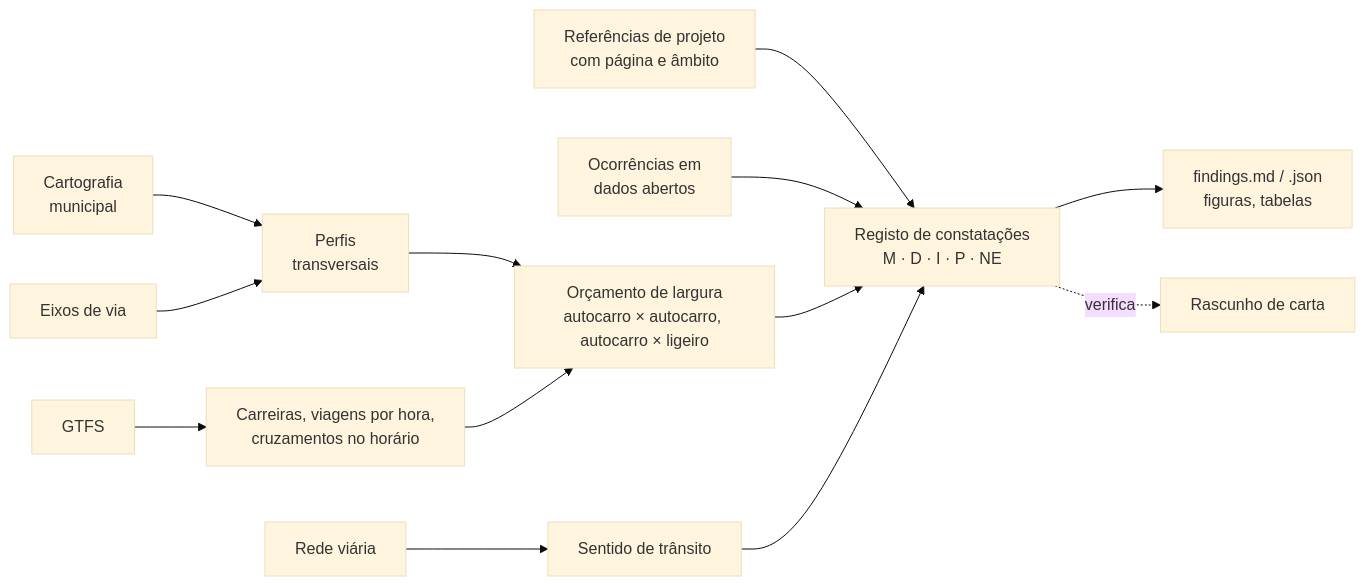
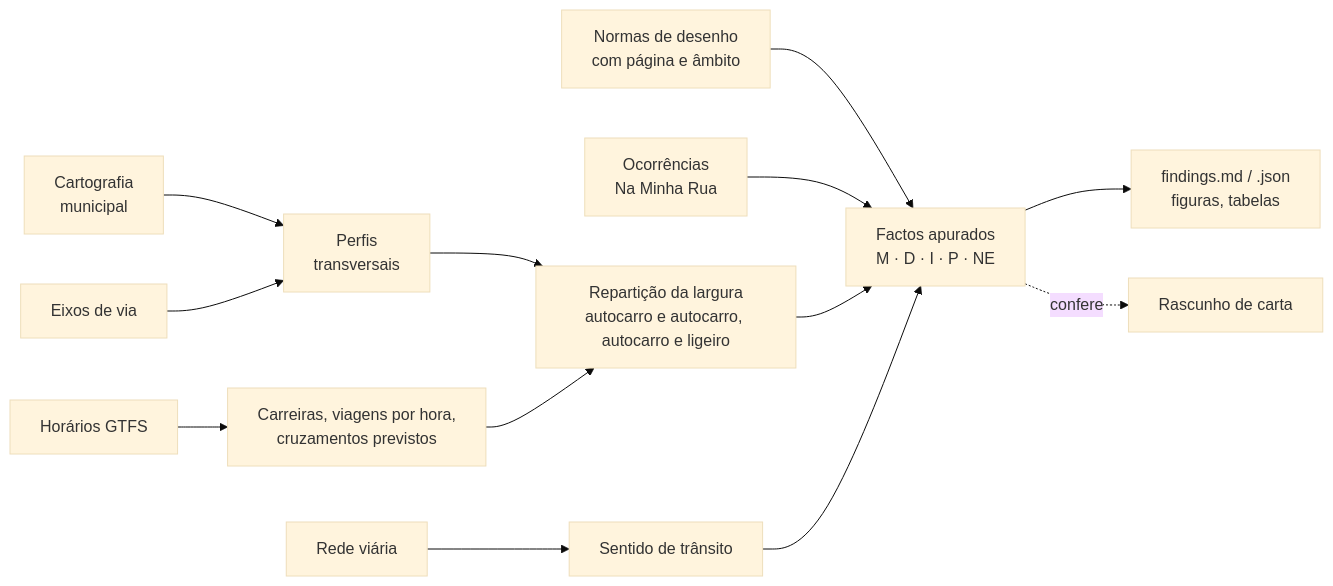
One commit to diogo4256/mobilidados changed the diagram in README.md. Above: the diagram before and after it, drawn with Mermaid (base theme). The commit also changed other lines of this file and 3 other files, not shown here.

````diff
--- a/README.md
+++ b/README.md
@@ -34,15 +37,15 @@
 ```mermaid
 flowchart LR
   A[Cartografia<br>municipal] --> P[Perfis<br>transversais]
   B[Eixos de via] --> P
   C[Rede viária] --> D[Sentido de trânsito]
-  G[GTFS] --> T[Carreiras, viagens por hora,<br>cruzamentos no horário]
-  P --> E[Orçamento de largura<br>autocarro × autocarro, autocarro × ligeiro]
+  G[Horários GTFS] --> T[Carreiras, viagens por hora,<br>cruzamentos previstos]
+  P --> E[Repartição da largura<br>autocarro e autocarro, autocarro e ligeiro]
   T --> E
-  S[Referências de projeto<br>com página e âmbito] --> L
-  O[Ocorrências em<br>dados abertos] --> L
-  E --> L[Registo de constatações<br>M · D · I · P · NE]
+  S[Normas de desenho<br>com página e âmbito] --> L
+  O[Ocorrências<br>Na Minha Rua] --> L
+  E --> L[Factos apurados<br>M · D · I · P · NE]
   D --> L
   L --> R[findings.md / .json<br>figuras, tabelas]
-  L -. verifica .-> X[Rascunho de carta]
+  L -. confere .-> X[Rascunho de carta]
 ```
````
